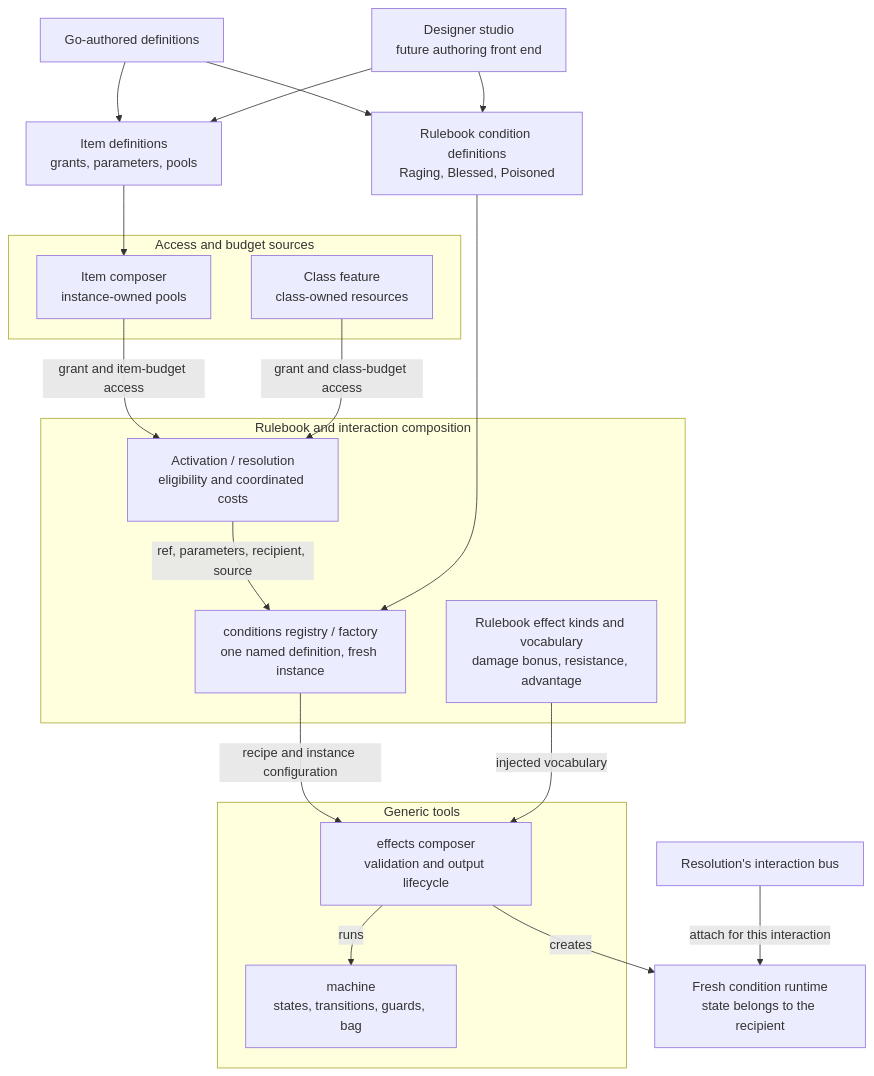
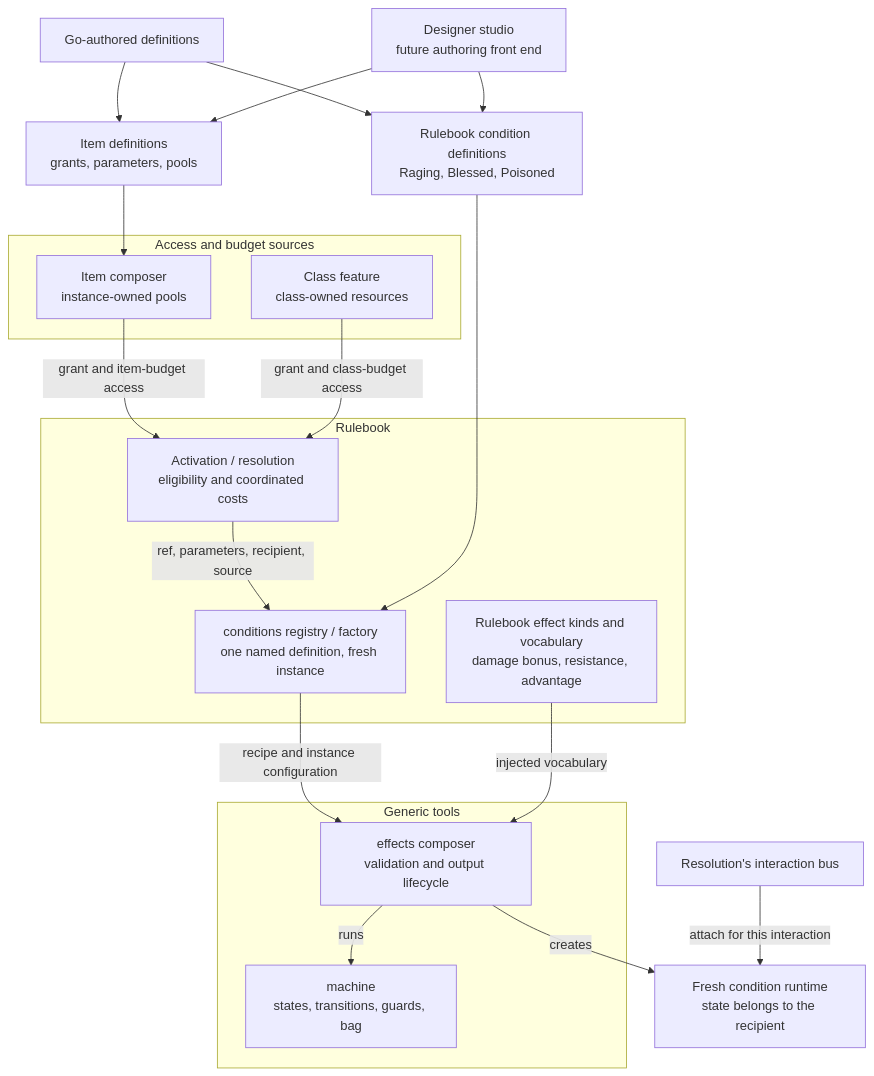
The diagram in docs/ideas/item-effect-composition/README.md (KirkDiggler/rpg-toolkit), drawn with Mermaid before and after one commit. The commit also changed 2 other files, not shown here.

Commit message:
docs: clarify diagram layout and iterative decision flow
Both Mermaid diagrams rendered and visually inspected. Part of KirkDiggler/rpg-project#876.

— cross-team agent, on behalf of KirkDiggler

````diff
--- a/docs/ideas/item-effect-composition/README.md
+++ b/docs/ideas/item-effect-composition/README.md
@@ -28,37 +28,37 @@
 ```mermaid
 flowchart TB
     GO["Go-authored definitions"]
     STUDIO["Designer studio<br/>future authoring front end"]
     CD["Rulebook condition definitions<br/>Raging, Blessed, Poisoned"]
     ID["Item definitions<br/>grants, parameters, pools"]
     GO --> CD
     GO --> ID
     STUDIO --> CD
     STUDIO --> ID
 
     subgraph SOURCES["Access and budget sources"]
         ITEM["Item composer<br/>instance-owned pools"]
         CLASS["Class feature<br/>class-owned resources"]
     end
     ID --> ITEM
 
-    subgraph RULEBOOK["Rulebook and interaction composition"]
+    subgraph RULEBOOK["Rulebook"]
         ACT["Activation / resolution<br/>eligibility and coordinated costs"]
         FACTORY["conditions registry / factory<br/>one named definition, fresh instance"]
         KINDS["Rulebook effect kinds and vocabulary<br/>damage bonus, resistance, advantage"]
     end
     ITEM -->|"grant and item-budget access"| ACT
     CLASS -->|"grant and class-budget access"| ACT
     ACT -->|"ref, parameters, recipient, source"| FACTORY
     CD --> FACTORY
 
     subgraph TOOLS["Generic tools"]
         FX["effects composer<br/>validation and output lifecycle"]
         MACHINE["machine<br/>states, transitions, guards, bag"]
         FX -->|"runs"| MACHINE
     end
     FACTORY -->|"recipe and instance configuration"| FX
     KINDS -->|"injected vocabulary"| FX
     FX -->|"creates"| INSTANCE["Fresh condition runtime<br/>state belongs to the recipient"]
     BUS["Resolution's interaction bus"] -->|"attach for this interaction"| INSTANCE
 ```
````
